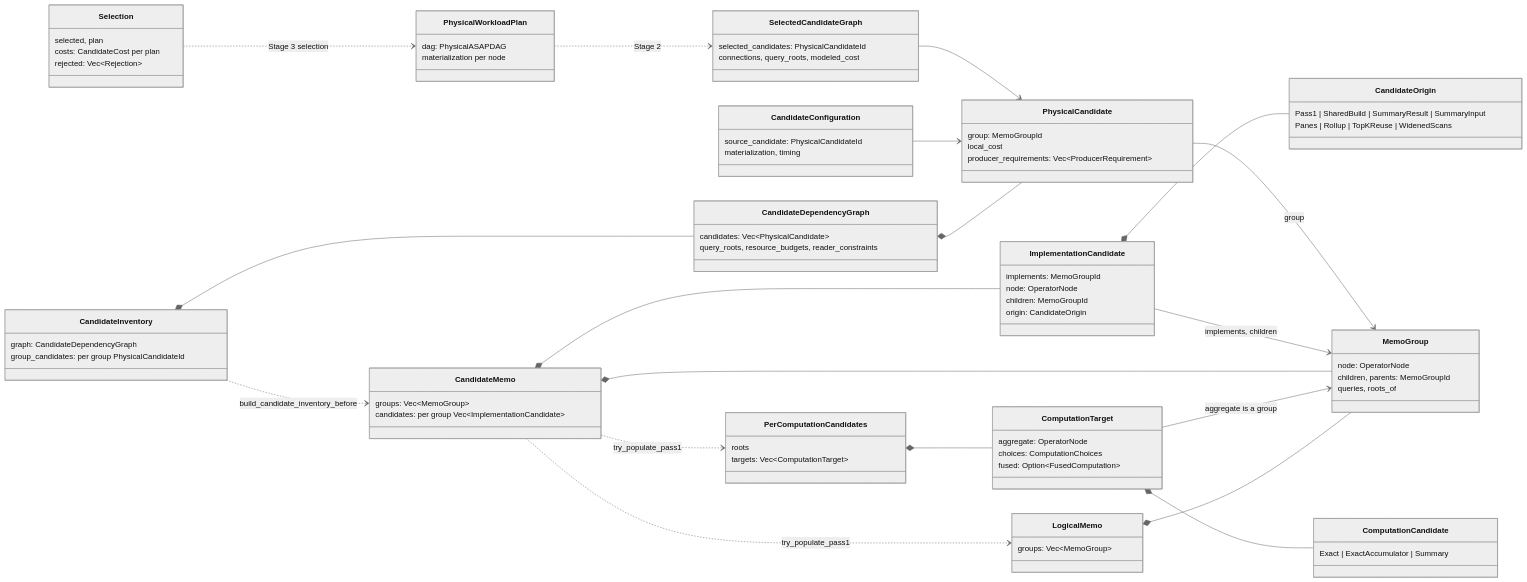
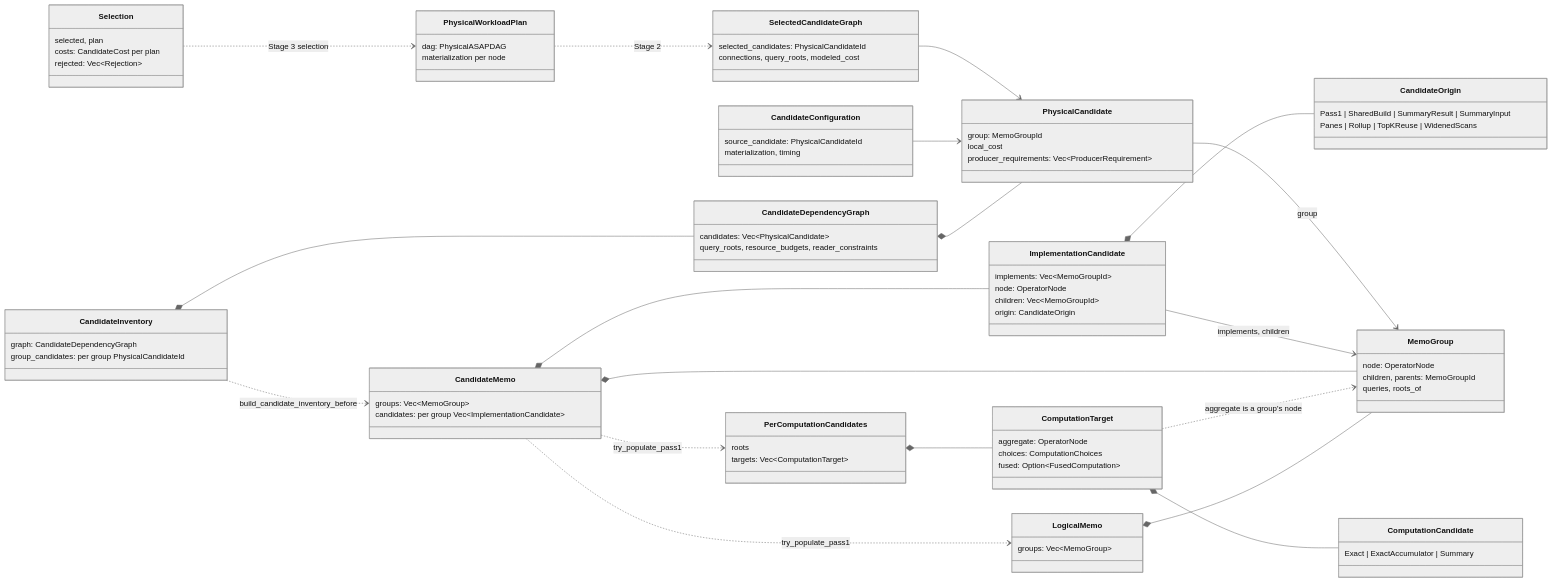
One commit to ProjectASAP/ASAPPlanner changed the second of 2 diagrams in docs/design_docs/architecture/system-architecture.md. Above: the diagram before and after it, drawn with Mermaid (neutral theme). The commit also changed other lines of this file, not shown here.

Commit message:
docs(architecture): fix review findings (MILP entry, Option report, offer_before, ComputationTarget relation, Vec ids)

```diff
--- a/docs/design_docs/architecture/system-architecture.md
+++ b/docs/design_docs/architecture/system-architecture.md
@@ -174,9 +177,9 @@
         candidates: per group Vec~ImplementationCandidate~
     }
     class ImplementationCandidate {
-        implements: MemoGroupId
+        implements: Vec~MemoGroupId~
         node: OperatorNode
-        children: MemoGroupId
+        children: Vec~MemoGroupId~
         origin: CandidateOrigin
     }
     class CandidateOrigin {
@@ -216,7 +219,7 @@
     LogicalMemo *-- MemoGroup
     PerComputationCandidates *-- ComputationTarget
     ComputationTarget *-- ComputationCandidate
-    ComputationTarget --> MemoGroup : aggregate is a group
+    ComputationTarget ..> MemoGroup : aggregate is a group's node
     CandidateMemo *-- MemoGroup
     CandidateMemo *-- ImplementationCandidate
     CandidateMemo ..> LogicalMemo : try_populate_pass1
```
